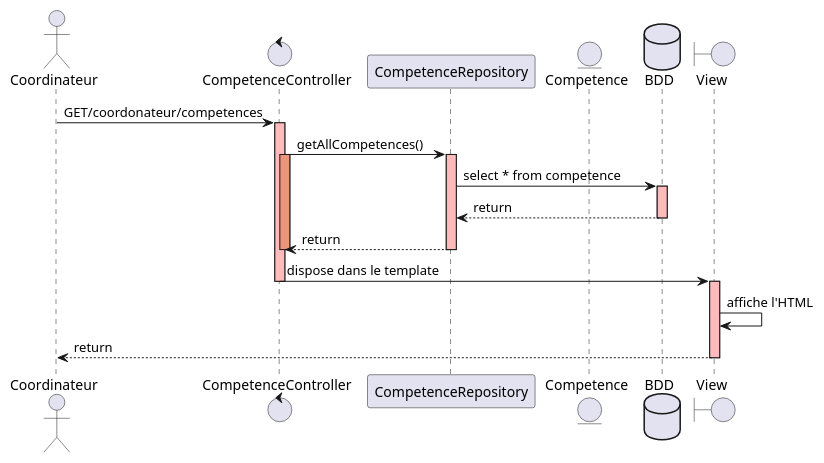
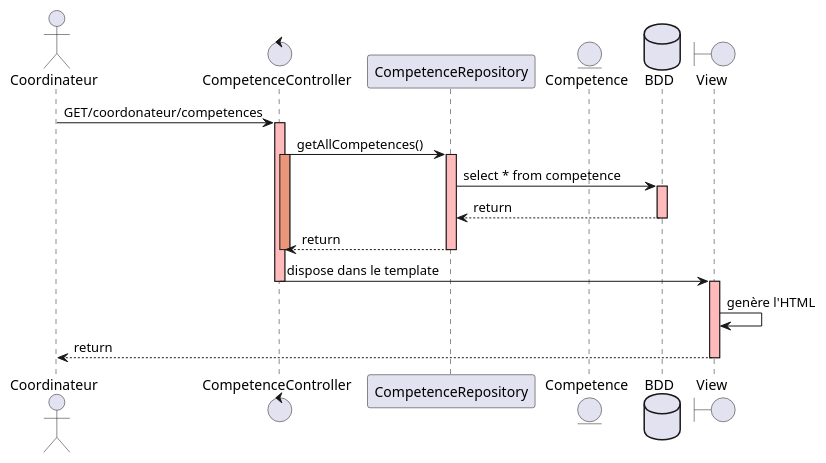
One commit to GreenHawk-99/AppGreta changed the diagram in doc/puml/SequenceDiagram.puml. Above: the diagram before and after it, drawn with PlantUML. The commit also changed 6 other files, not shown here.

```diff
--- a/doc/puml/SequenceDiagram.puml
+++ b/doc/puml/SequenceDiagram.puml
@@ -1,33 +1,33 @@
 @startuml
 
 actor Coordinateur
 control "CompetenceController" as CC
 participant "CompetenceRepository" as CR
 entity "Competence" as C
 database "BDD" as BDD
 boundary "View" as V
 
 Coordinateur -> CC: GET/coordonateur/competences
 activate CC #FFBBBB
 
 CC -> CR: getAllCompetences()
 activate CC #DarkSalmon
 activate CR #FFBBBB
 
 CR -> BDD: select * from competence
 activate BDD #FFBBBB
 BDD --> CR: return
 deactivate BDD
 
 CR --> CC: return
 deactivate CC
 deactivate CR
 
 CC -> V: dispose dans le template
 deactivate CC
 activate V #FFBBBB
-V -> V: affiche l'HTML
+V -> V: genère l'HTML
 V --> Coordinateur: return
 deactivate V
 
 @enduml
```
